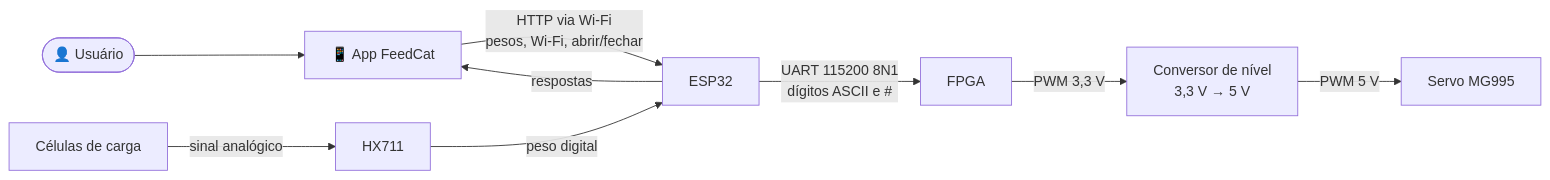
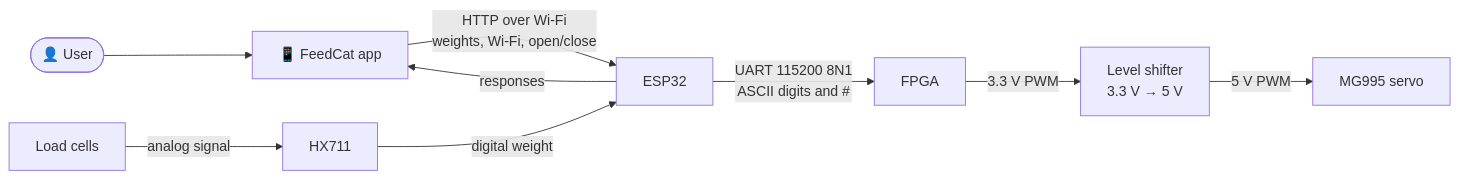
The diagram in README.md (jofe2003/feedcat), drawn with Mermaid before and after one commit. The commit also changed other lines of this file and 1 other file, not shown here.

````diff
--- a/README.md
+++ b/README.md
@@ -13,11 +15,11 @@
 ```mermaid
 flowchart LR
-    U(["👤 Usuário"]) --> APP["📱 App FeedCat"]
-    APP -- "HTTP via Wi-Fi<br/>pesos, Wi-Fi, abrir/fechar" --> ESP["ESP32"]
-    ESP -- "respostas" --> APP
-    CEL["Células de carga"] -- "sinal analógico" --> HX["HX711"]
-    HX -- "peso digital" --> ESP
-    ESP -- "UART 115200 8N1<br/>dígitos ASCII e #" --> FPGA["FPGA"]
-    FPGA -- "PWM 3,3 V" --> CONV["Conversor de nível<br/>3,3 V → 5 V"]
-    CONV -- "PWM 5 V" --> SERVO["Servo MG995"]
+    U(["👤 User"]) --> APP["📱 FeedCat app"]
+    APP -- "HTTP over Wi-Fi<br/>weights, Wi-Fi, open/close" --> ESP["ESP32"]
+    ESP -- "responses" --> APP
+    CEL["Load cells"] -- "analog signal" --> HX["HX711"]
+    HX -- "digital weight" --> ESP
+    ESP -- "UART 115200 8N1<br/>ASCII digits and #" --> FPGA["FPGA"]
+    FPGA -- "3.3 V PWM" --> CONV["Level shifter<br/>3.3 V → 5 V"]
+    CONV -- "5 V PWM" --> SERVO["MG995 servo"]
 ```
````
